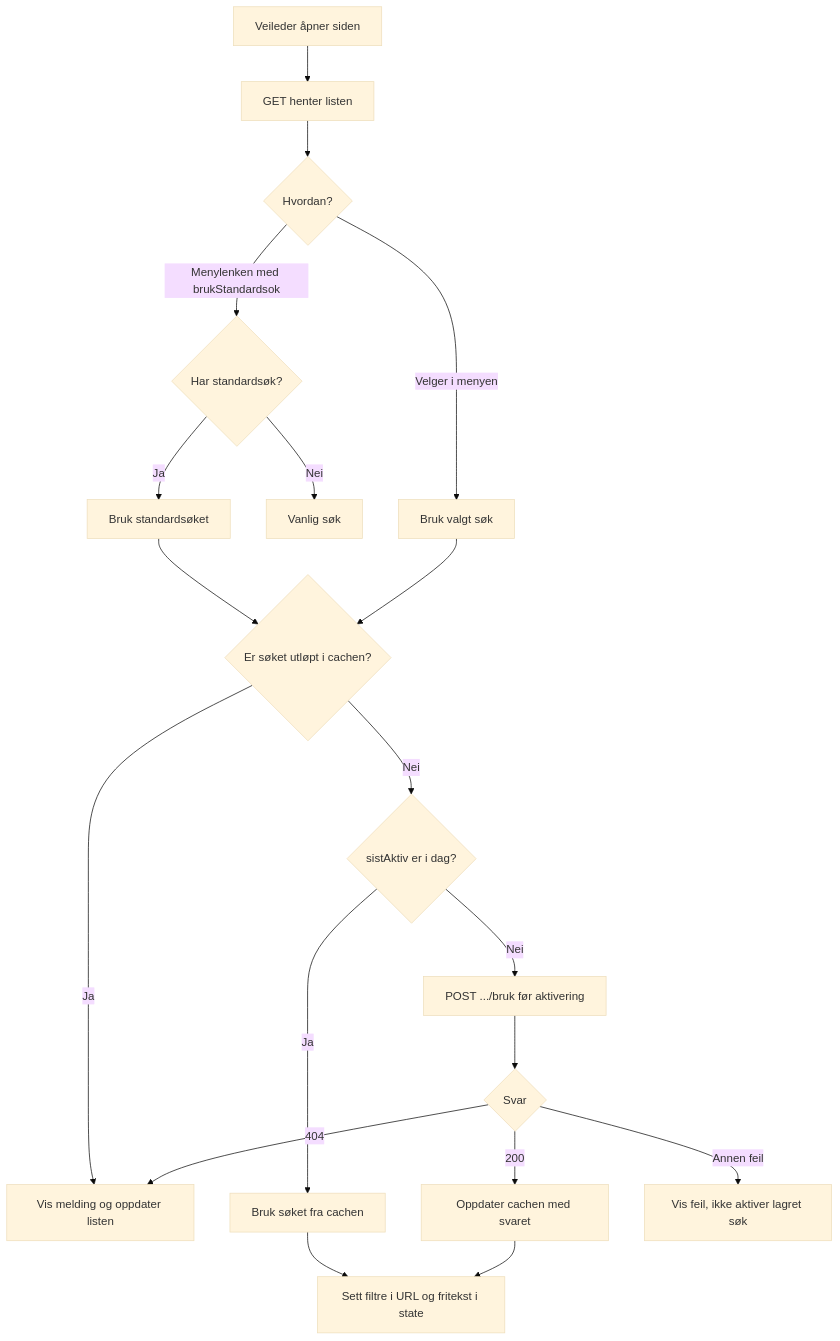
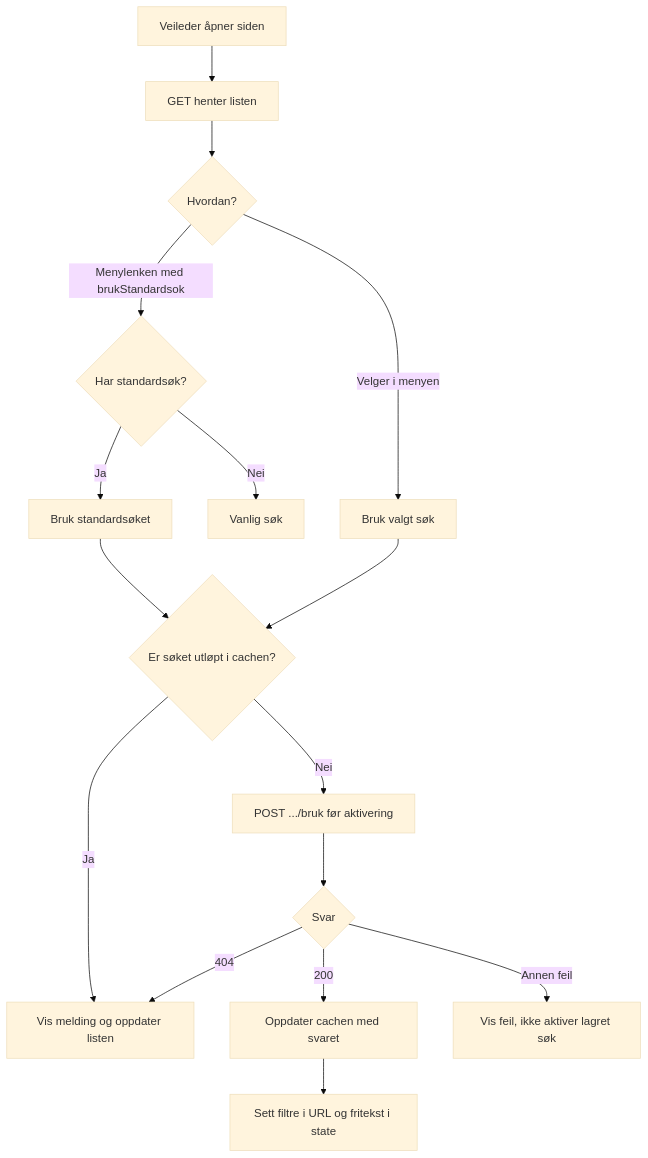
The fourth of 5 diagrams in docs/9-planer/standardsok.md (navikt/rekrutteringstreff-backend), drawn with Mermaid (base theme) before and after one commit. The commit also changed other lines of this file, not shown here.

````diff
--- a/docs/9-planer/standardsok.md
+++ b/docs/9-planer/standardsok.md
@@ -293,21 +396,18 @@
 ```mermaid
 flowchart TD
     A[Veileder åpner siden] --> B[GET henter listen]
     B --> C{Hvordan?}
     C -->|Menylenken med brukStandardsok| D{Har standardsøk?}
     D -->|Ja| E[Bruk standardsøket]
     D -->|Nei| F[Vanlig søk]
     C -->|Velger i menyen| G[Bruk valgt søk]
     E --> H{Er søket utløpt i cachen?}
     G --> H
     H -->|Ja| X[Vis melding og oppdater listen]
-    H -->|Nei| I{sistAktiv er i dag?}
-    I -->|Ja| K[Bruk søket fra cachen]
-    I -->|Nei| J[POST .../bruk før aktivering]
+    H -->|Nei| J[POST .../bruk før aktivering]
     J --> L{Svar}
     L -->|200| M[Oppdater cachen med svaret]
     L -->|404| X
     L -->|Annen feil| Y[Vis feil, ikke aktiver lagret søk]
-    K --> N[Sett filtre i URL og fritekst i state]
-    M --> N
+    M --> N[Sett filtre i URL og fritekst i state]
 ```
````
